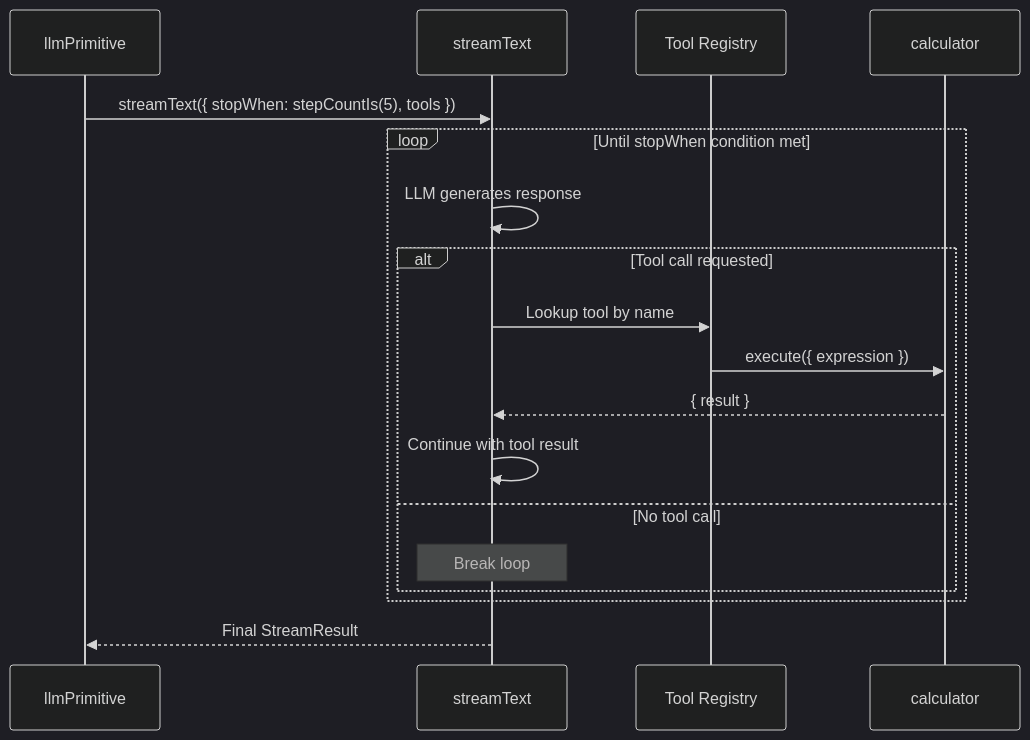
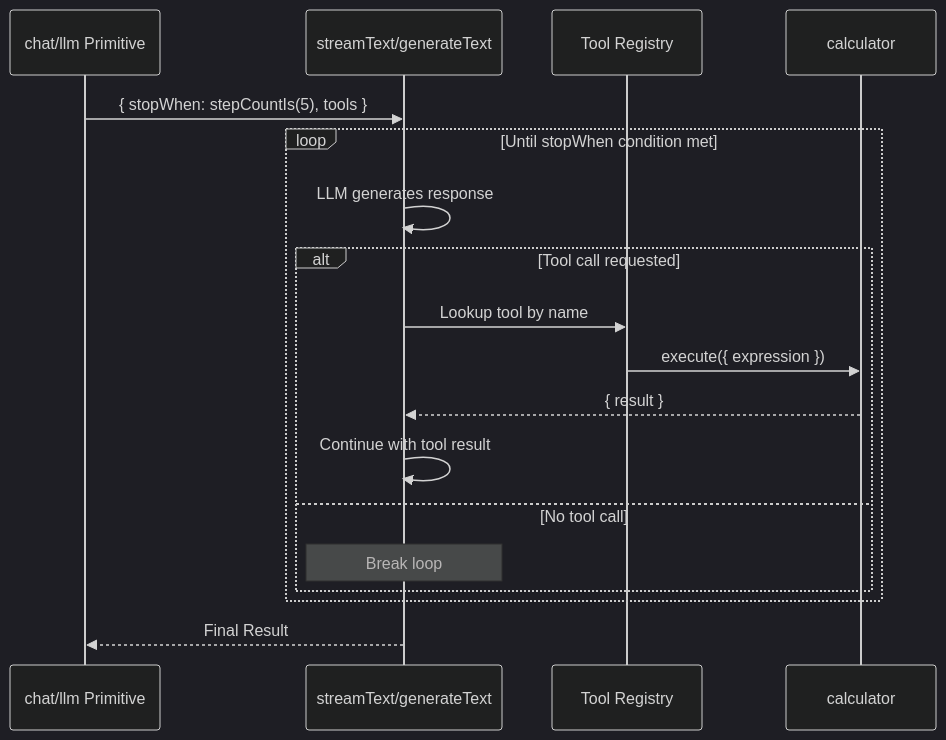
Before and after one commit to botanarede/beddel: the third of 4 diagrams in docs/architecture/core-workflows.md, drawn with Mermaid (dark theme). The commit also changed other lines of this file and 18 other files, not shown here.

First line of the commit message:
feat(primitives): add chat primitive and refactor llm architecture

````diff
--- a/docs/architecture/core-workflows.md
+++ b/docs/architecture/core-workflows.md
@@ -195,24 +235,24 @@
 ```mermaid
 sequenceDiagram
-    participant LLM as llmPrimitive
-    participant SDK as streamText
+    participant Primitive as chat/llm Primitive
+    participant SDK as streamText/generateText
     participant Tools as Tool Registry
     participant Calc as calculator
 
-    LLM->>SDK: streamText({ stopWhen: stepCountIs(5), tools })
+    Primitive->>SDK: { stopWhen: stepCountIs(5), tools }
     
     loop Until stopWhen condition met
         SDK->>SDK: LLM generates response
         
         alt Tool call requested
             SDK->>Tools: Lookup tool by name
             Tools->>Calc: execute({ expression })
             Calc-->>SDK: { result }
             SDK->>SDK: Continue with tool result
         else No tool call
             Note over SDK: Break loop
         end
     end
     
-    SDK-->>LLM: Final StreamResult
+    SDK-->>Primitive: Final Result
 ```
````
